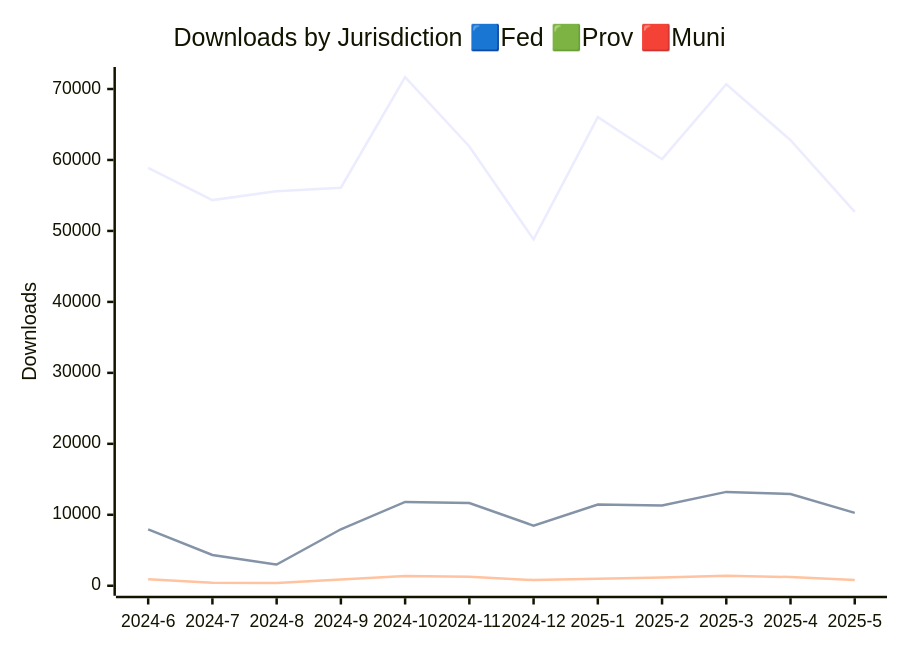
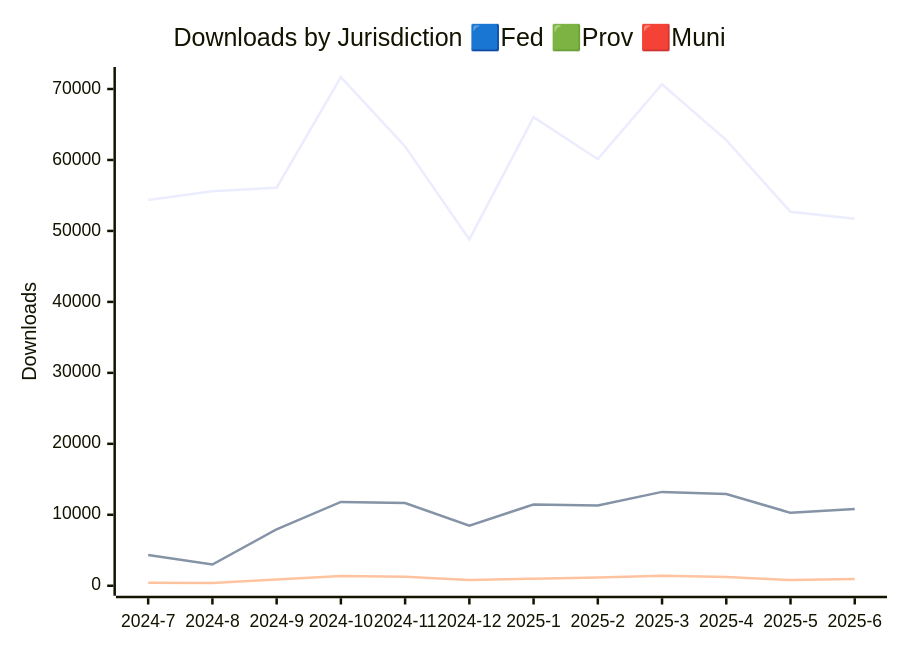
Before and after one commit to open-data/analytics-corporate-reporting: the diagram in JURISDICTION_ANALYTICS_REPORT/readme.md, drawn with Mermaid. The commit also changed 3 other files, not shown here.

````diff
--- a/JURISDICTION_ANALYTICS_REPORT/readme.md
+++ b/JURISDICTION_ANALYTICS_REPORT/readme.md
@@ -4,10 +4,10 @@
 ```mermaid
 
 xychart-beta
     title "Downloads by Jurisdiction 🟦Fed 🟩Prov 🟥Muni"
-    x-axis [2024-6, 2024-7, 2024-8, 2024-9, 2024-10, 2024-11, 2024-12, 2025-1, 2025-2, 2025-3, 2025-4, 2025-5]
+    x-axis [2024-7, 2024-8, 2024-9, 2024-10, 2024-11, 2024-12, 2025-1, 2025-2, 2025-3, 2025-4, 2025-5, 2025-6]
     y-axis "Downloads" 0 --> 71692
-    line [58875, 54345, 55596, 56095, 71682, 61906, 48805, 66032, 60111, 70673, 62792, 52694]
-    line [7944, 4345, 2991, 7958, 11811, 11662, 8466, 11457, 11309, 13225, 12918, 10276]
-    line [923, 416, 398, 879, 1358, 1267, 801, 1001, 1170, 1408, 1229, 806]
+    line [54345, 55596, 56095, 71682, 61906, 48805, 66032, 60111, 70673, 62792, 52694, 51710]
+    line [4345, 2991, 7958, 11811, 11662, 8466, 11457, 11309, 13225, 12918, 10276, 10826]
+    line [416, 398, 879, 1358, 1267, 801, 1001, 1170, 1408, 1229, 806, 966]
 ```
````
